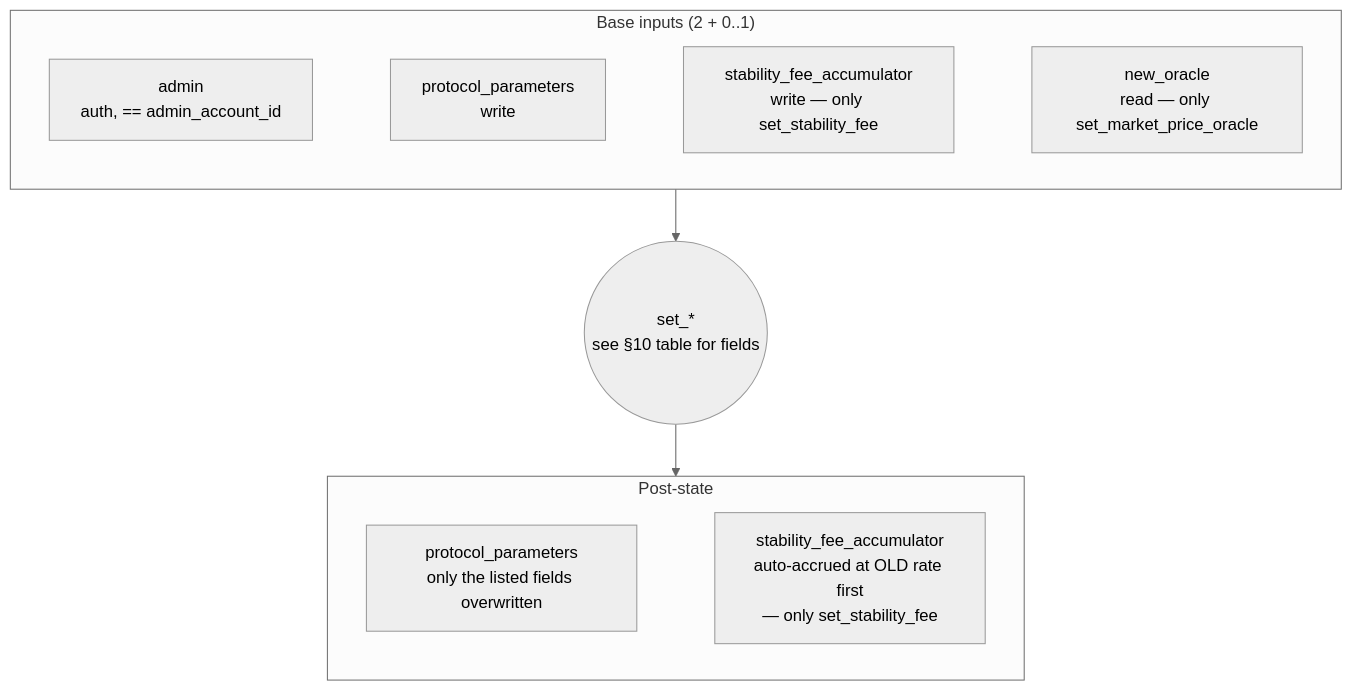
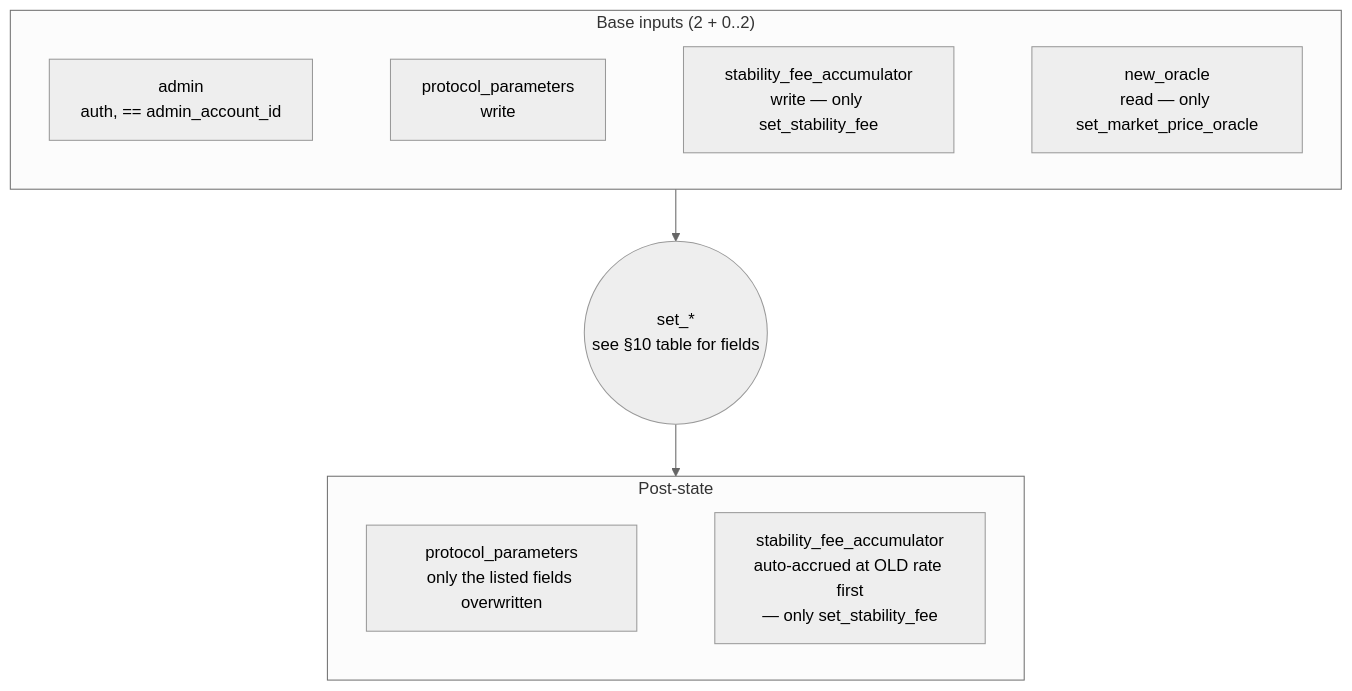
Before and after one commit to logos-blockchain/lez-programs: diagram 13 of 14 in docs/stablecoin/README.md, drawn with Mermaid (neutral theme). The commit also changed other lines of this file, not shown here.

````diff
--- a/docs/stablecoin/README.md
+++ b/docs/stablecoin/README.md
@@ -1120,11 +1162,11 @@
 ```mermaid
 flowchart TD
-    subgraph In["Base inputs (2 + 0..1)"]
+    subgraph In["Base inputs (2 + 0..2)"]
         a1[admin<br/>auth, == admin_account_id] ~~~ a2[protocol_parameters<br/>write] ~~~ ax[stability_fee_accumulator<br/>write — only set_stability_fee] ~~~ ay[new_oracle<br/>read — only set_market_price_oracle]
     end
     subgraph Post["Post-state"]
         p1["protocol_parameters<br/>only the listed fields overwritten"] ~~~ px[stability_fee_accumulator<br/>auto-accrued at OLD rate first<br/>— only set_stability_fee]
     end
     In --> Ins((set_*<br/>see §10 table for fields))
     Ins --> Post
 ```
````
